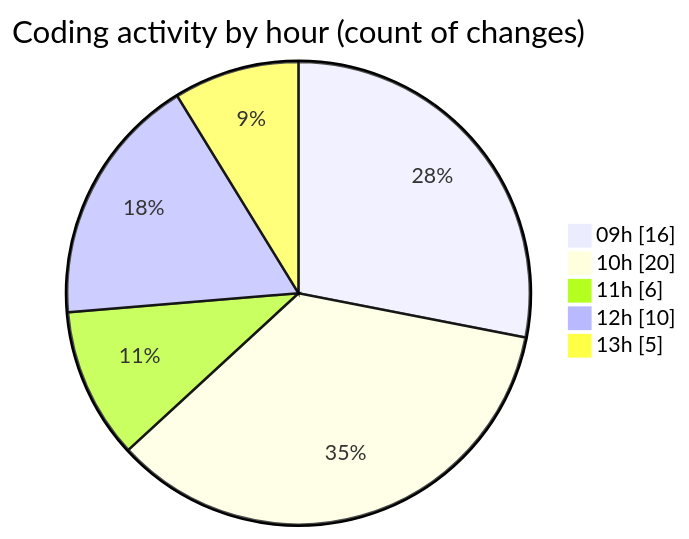
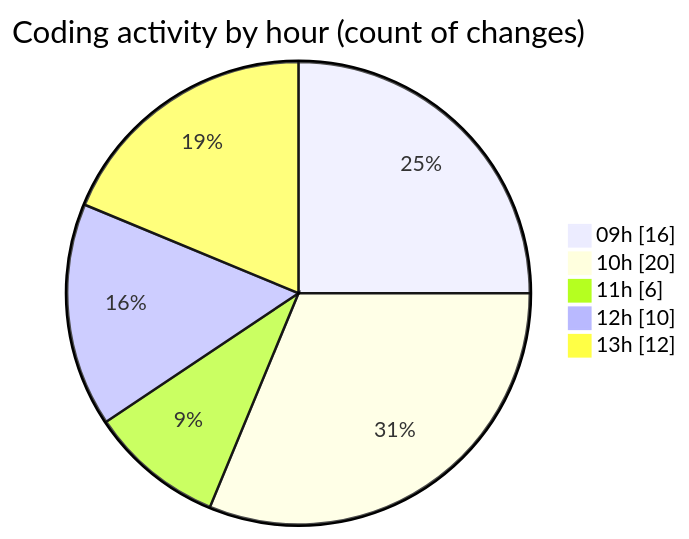
One commit to momahboobian/code-tracking changed the second of 2 diagrams in 2025-05-16/cda/README.md. Above: the diagram before and after it, drawn with Mermaid. The commit also changed other lines of this file and 1 other file, not shown here.

````diff
--- a/2025-05-16/cda/README.md
+++ b/2025-05-16/cda/README.md
@@ -52,9 +52,9 @@
 ```mermaid
 pie showData
 title Coding activity by hour (count of changes)
 "09h" : 16
 "10h" : 20
 "11h" : 6
 "12h" : 10
-"13h" : 5
+"13h" : 12
 ```
````
